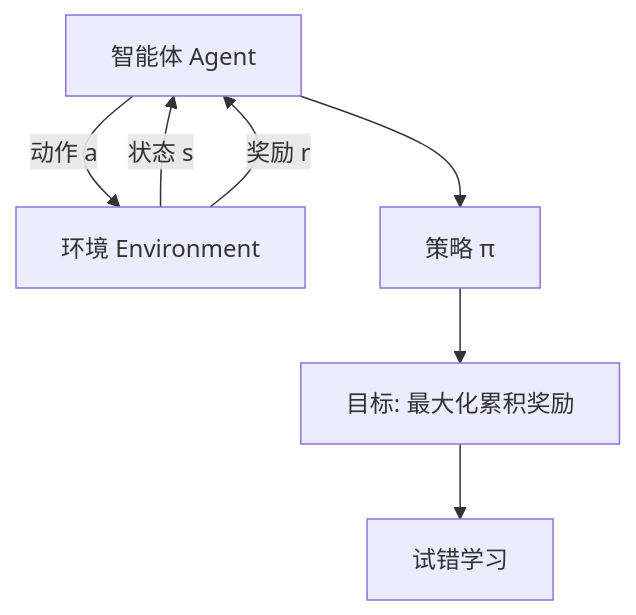
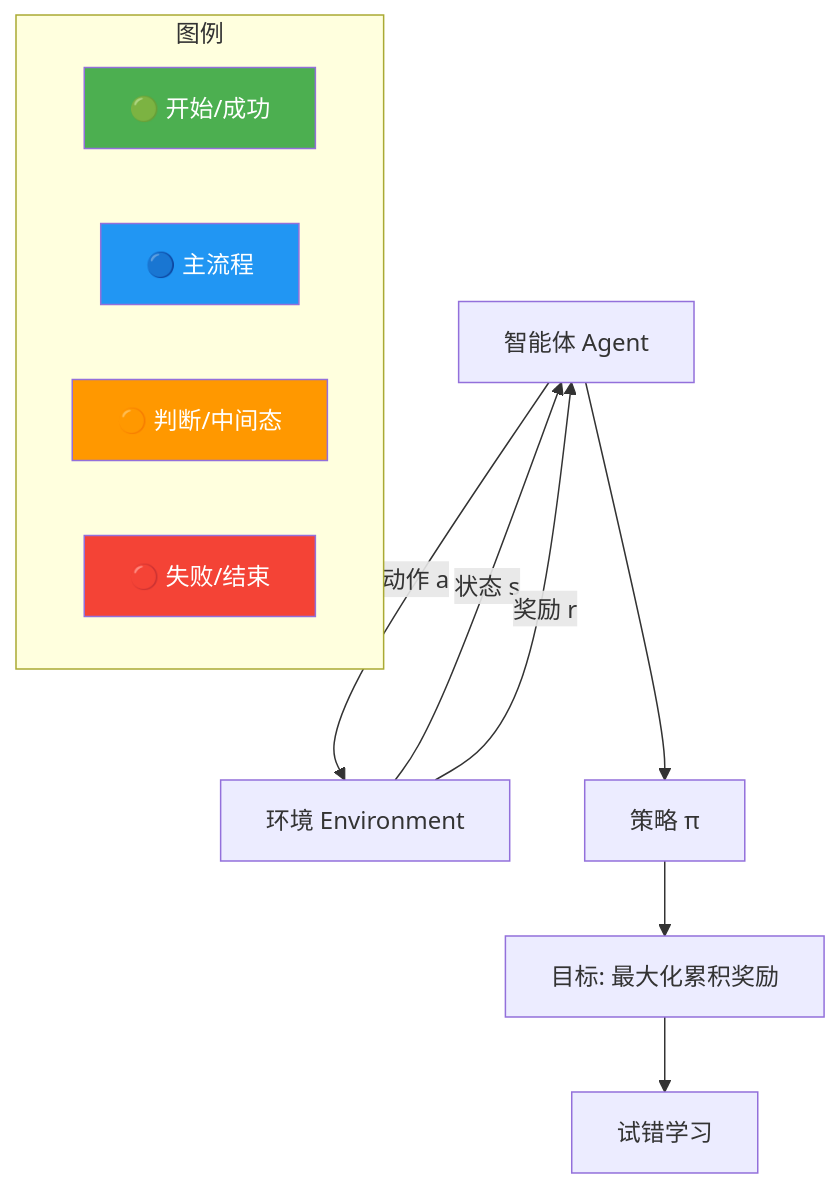
One commit to SunArthur86/interview-2026 changed the diagram in questions/llm-core/llm-041.md. Above: the diagram before and after it, drawn with Mermaid. The commit also changed other lines of this file and 3180 other files, not shown here.

First line of the commit message:
Mermaid颜色增强99% + 面试频率分类(高频1571/中频1115/低频461)

````diff
--- a/questions/llm-core/llm-041.md
+++ b/questions/llm-core/llm-041.md
@@ -139,9 +140,31 @@
 ```mermaid
 flowchart TD
+    classDef start fill:#4CAF50,color:#fff
+    classDef process fill:#2196F3,color:#fff
+    classDef decision fill:#FF9800,color:#fff
+    classDef special fill:#9C27B0,color:#fff
+    classDef error fill:#f44336,color:#fff
+    classDef info fill:#607D8B,color:#fff
+    class A start
+    class Agent process
+    class B decision
+    class C special
+    class D error
+    class E info
+    class Environment start
+    class a process
+    class r decision
+    class s special
     A[智能体 Agent] -->|动作 a| B[环境 Environment]
     B -->|状态 s| A
     B -->|奖励 r| A
     A --> C[策略 π]
     C --> D[目标: 最大化累积奖励]
     D --> E[试错学习]
+    subgraph Legend["图例"]
+        L1["🟢 开始/成功"]:::start
+        L2["🔵 主流程"]:::process
+        L3["🟠 判断/中间态"]:::decision
+        L4["🔴 失败/结束"]:::error
+    end
 ```
````
